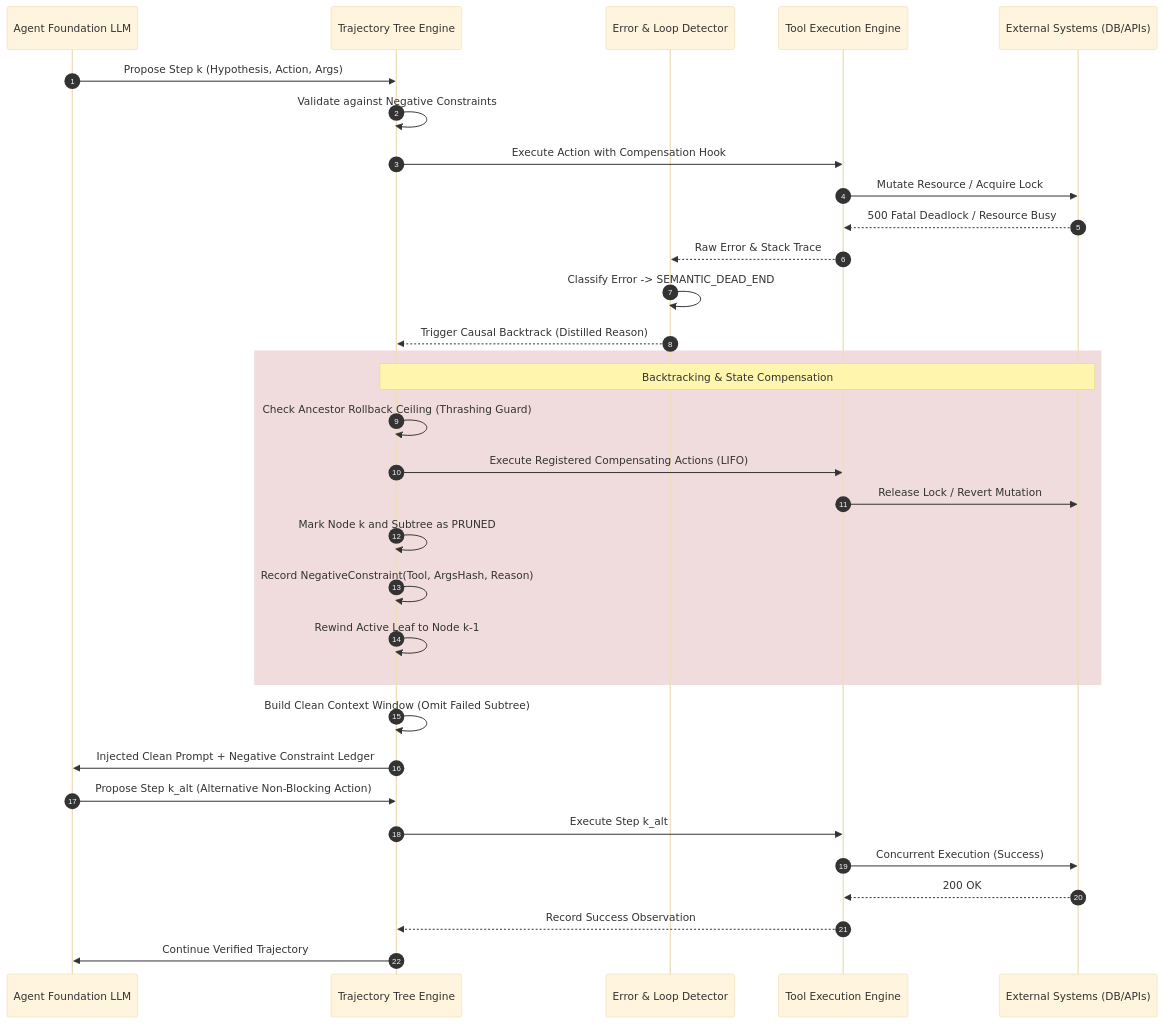
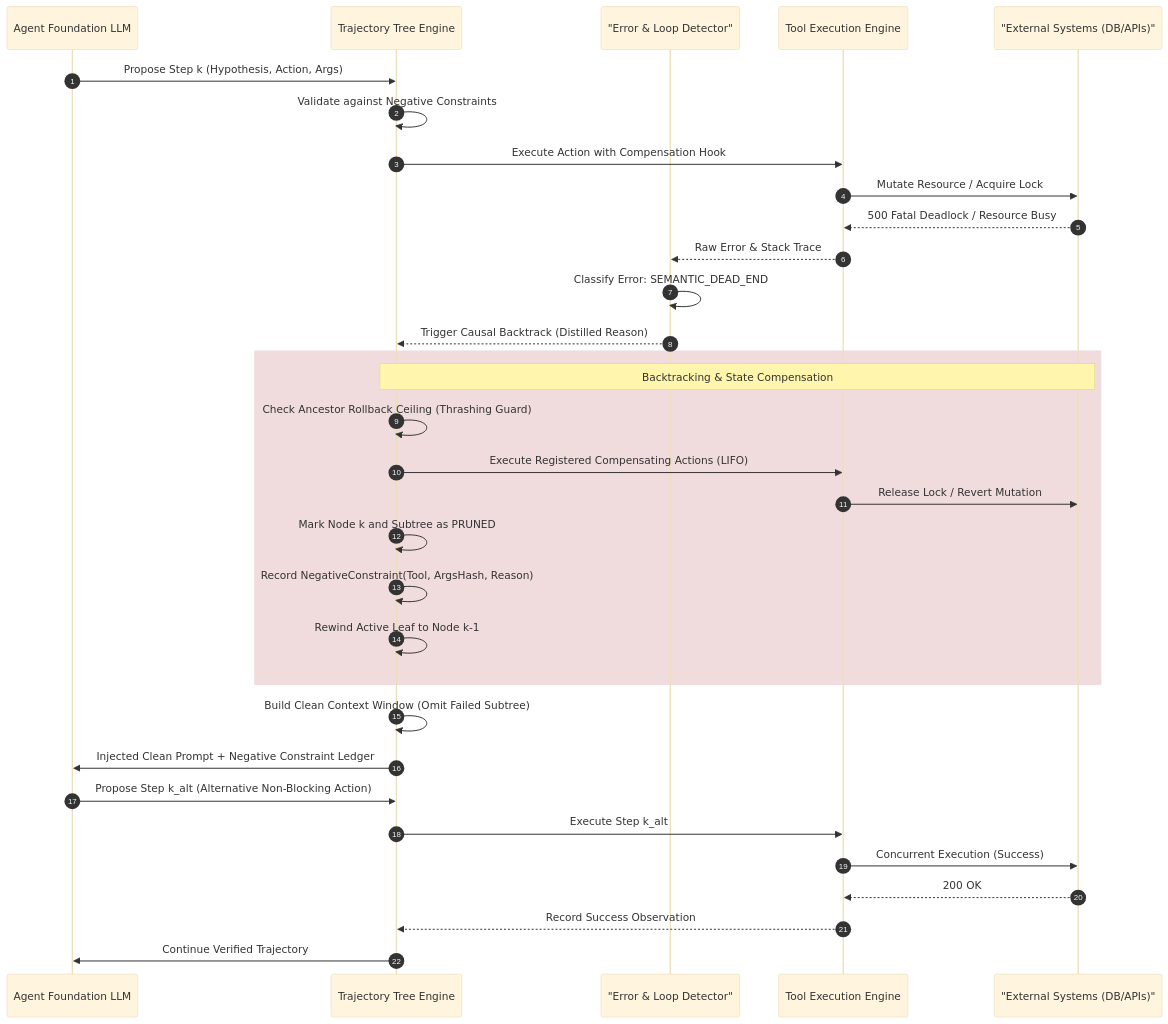
Before and after one commit to prethiv/Agentic-AI-Case-studies: the first of 2 diagrams in case-studies/27-autonomous-reflection-loops-graph-backtracking/README.md, drawn with Mermaid (base theme). The commit also changed 12 other files, not shown here.

Commit message:
fix(mermaid): resolve syntax errors under Mermaid 11.17.2 and add diagram integrity unit tests

````diff
--- a/case-studies/27-autonomous-reflection-loops-graph-backtracking/README.md
+++ b/case-studies/27-autonomous-reflection-loops-graph-backtracking/README.md
@@ -237,37 +237,37 @@
 ```mermaid
 sequenceDiagram
     autonumber
     participant LLM as Agent Foundation LLM
     participant Engine as Trajectory Tree Engine
-    participant Detector as Error & Loop Detector
+    participant Detector as "Error & Loop Detector"
     participant Tools as Tool Execution Engine
-    participant Ext as External Systems (DB/APIs)
+    participant Ext as "External Systems (DB/APIs)"
 
     LLM->>Engine: Propose Step k (Hypothesis, Action, Args)
     Engine->>Engine: Validate against Negative Constraints
     Engine->>Tools: Execute Action with Compensation Hook
     Tools->>Ext: Mutate Resource / Acquire Lock
     Ext-->>Tools: 500 Fatal Deadlock / Resource Busy
     Tools-->>Detector: Raw Error & Stack Trace
-    Detector->>Detector: Classify Error -> SEMANTIC_DEAD_END
+    Detector->>Detector: Classify Error: SEMANTIC_DEAD_END
     Detector-->>Engine: Trigger Causal Backtrack (Distilled Reason)
     
     rect rgb(240, 220, 220)
         Note over Engine,Ext: Backtracking & State Compensation
         Engine->>Engine: Check Ancestor Rollback Ceiling (Thrashing Guard)
         Engine->>Tools: Execute Registered Compensating Actions (LIFO)
         Tools->>Ext: Release Lock / Revert Mutation
         Engine->>Engine: Mark Node k and Subtree as PRUNED
         Engine->>Engine: Record NegativeConstraint(Tool, ArgsHash, Reason)
         Engine->>Engine: Rewind Active Leaf to Node k-1
     end
 
     Engine->>Engine: Build Clean Context Window (Omit Failed Subtree)
     Engine->>LLM: Injected Clean Prompt + Negative Constraint Ledger
     LLM->>Engine: Propose Step k_alt (Alternative Non-Blocking Action)
     Engine->>Tools: Execute Step k_alt
     Tools->>Ext: Concurrent Execution (Success)
     Ext-->>Tools: 200 OK
     Tools-->>Engine: Record Success Observation
     Engine->>LLM: Continue Verified Trajectory
 ```
````
